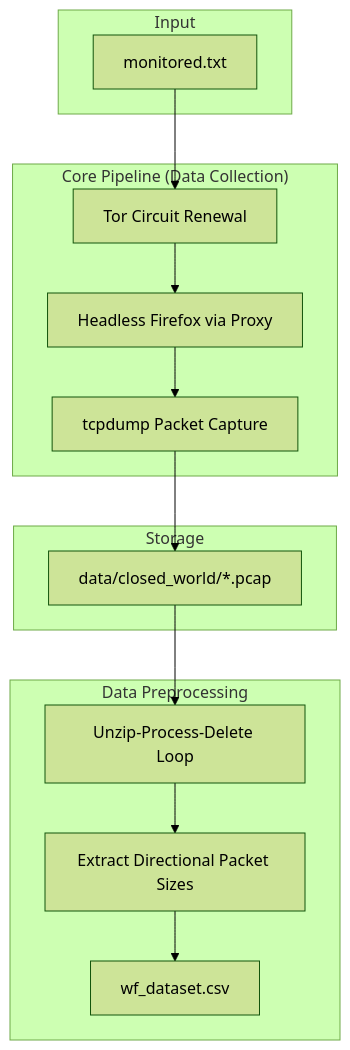
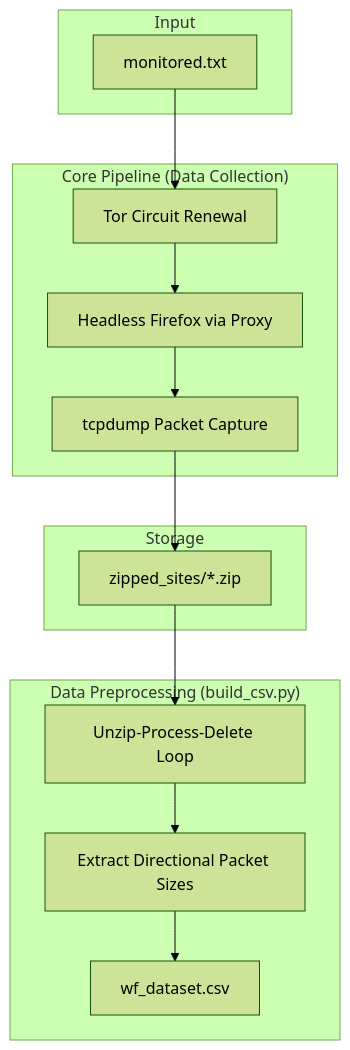
Before and after one commit to usernamesarehardman/capstone: the diagram in Data & Traffic Engineer/RECREATE.md, drawn with Mermaid (forest theme). The commit also changed other lines of this file, not shown here.

````diff
--- a/Data & Traffic Engineer/RECREATE.md
+++ b/Data & Traffic Engineer/RECREATE.md
@@ -14,30 +11,30 @@
 ```mermaid
 graph TD
     subgraph Input
         A[monitored.txt]
     end
 
     subgraph Core_Pipeline["Core Pipeline (Data Collection)"]
         B[Tor Circuit Renewal]
         C[Headless Firefox via Proxy]
         D[tcpdump Packet Capture]
     end
 
     subgraph Storage
-        E["data/closed_world/*.pcap"]
+        E["zipped_sites/*.zip"]
     end
 
-    subgraph Preprocessing["Data Preprocessing"]
+    subgraph Preprocessing["Data Preprocessing (build_csv.py)"]
         F[Unzip-Process-Delete Loop]
         G[Extract Directional Packet Sizes]
         H[wf_dataset.csv]
     end
 
     A --> B
     B --> C
     C --> D
     D --> E
     E --> F
     F --> G
     G --> H
 ```
````
